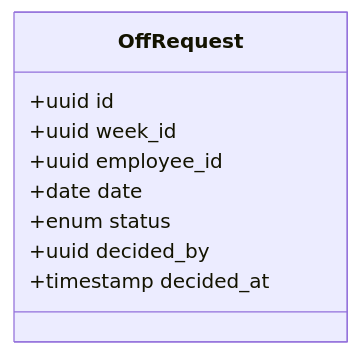
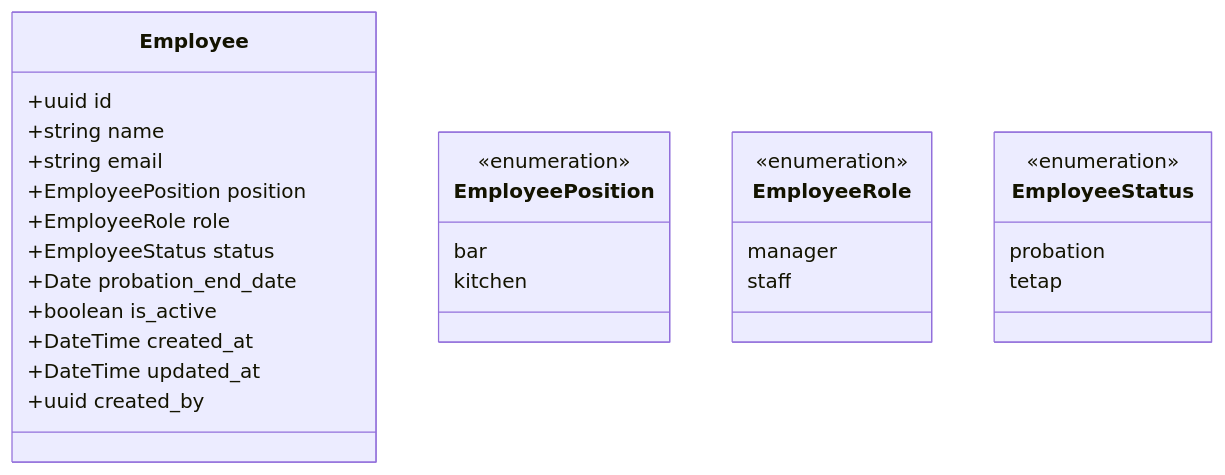
The third of 6 diagrams in .qoder/repowiki/en/content/Product Requirements Document/Data Model Design.md (epo33m/scheduling), drawn with Mermaid before and after one commit. The commit also changed other lines of this file and 50 other files, not shown here.

````diff
--- a/.qoder/repowiki/en/content/Product Requirements Document/Data Model Design.md
+++ b/.qoder/repowiki/en/content/Product Requirements Document/Data Model Design.md
@@ -312,12 +154,31 @@
 ```mermaid
 classDiagram
-class OffRequest {
+class Employee {
 +uuid id
-+uuid week_id
-+uuid employee_id
-+date date
-+enum status
-+uuid decided_by
-+timestamp decided_at
++string name
++string email
++EmployeePosition position
++EmployeeRole role
++EmployeeStatus status
++Date probation_end_date
++boolean is_active
++DateTime created_at
++DateTime updated_at
++uuid created_by
+}
+class EmployeePosition {
+<<enumeration>>
+bar
+kitchen
+}
+class EmployeeRole {
+<<enumeration>>
+manager
+staff
+}
+class EmployeeStatus {
+<<enumeration>>
+probation
+tetap
 }
 ```
````
